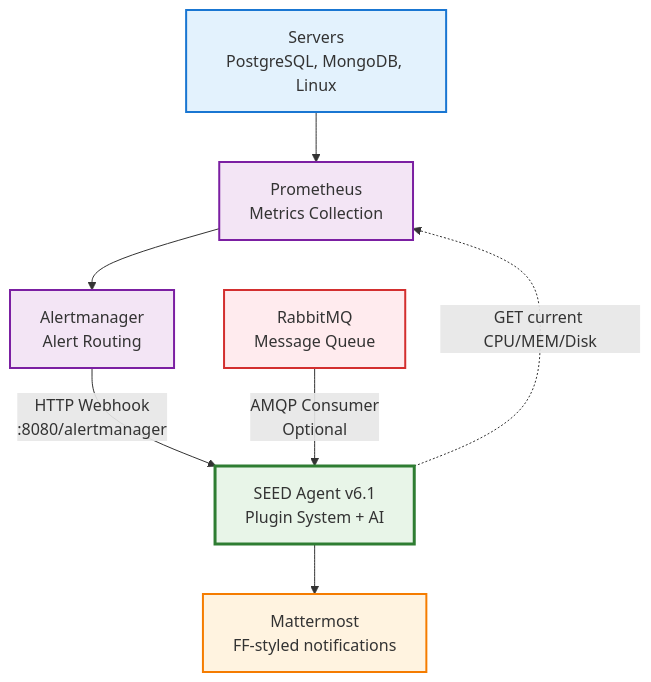
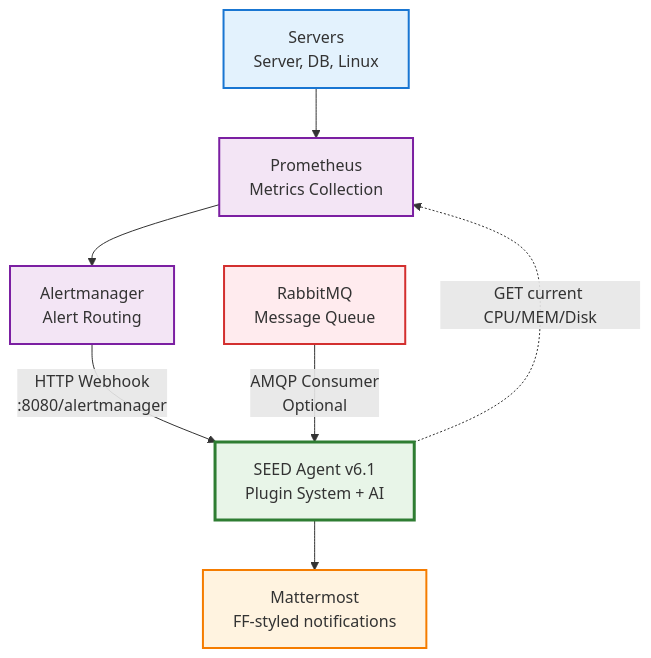
Before and after one commit to Genacvali/seed: the first of 4 diagrams in mermaid_diagram.md, drawn with Mermaid.

````diff
--- a/mermaid_diagram.md
+++ b/mermaid_diagram.md
@@ -5,26 +5,26 @@
 ```mermaid
 flowchart TD
-    A["Servers<br/>PostgreSQL, MongoDB, Linux"] --> B["Prometheus<br/>Metrics Collection"]
+    A["Servers<br/>Server, DB, Linux"] --> B["Prometheus<br/>Metrics Collection"]
     B --> C["Alertmanager<br/>Alert Routing"]
     
     %% Two input channels to SEED
     C -->|"HTTP Webhook<br/>:8080/alertmanager"| D["SEED Agent v6.1<br/>Plugin System + AI"]
     F["RabbitMQ<br/>Message Queue"] -->|"AMQP Consumer<br/>Optional"| D
     
     D --> E["Mattermost<br/>FF-styled notifications"]
     
     %% SEED queries Prometheus for current metrics to enrich alerts
     D -.->|"GET current CPU/MEM/Disk<br/>"| B
     
     classDef server fill:#e3f2fd,stroke:#1976d2,stroke-width:2px
     classDef monitor fill:#f3e5f5,stroke:#7b1fa2,stroke-width:2px  
     classDef seed fill:#e8f5e8,stroke:#2e7d32,stroke-width:3px
     classDef output fill:#fff3e0,stroke:#f57c00,stroke-width:2px
     classDef rabbit fill:#ffebee,stroke:#d32f2f,stroke-width:2px
     
     class A server
     class B,C monitor
     class D seed
     class E output
     class F rabbit
 ```
````
